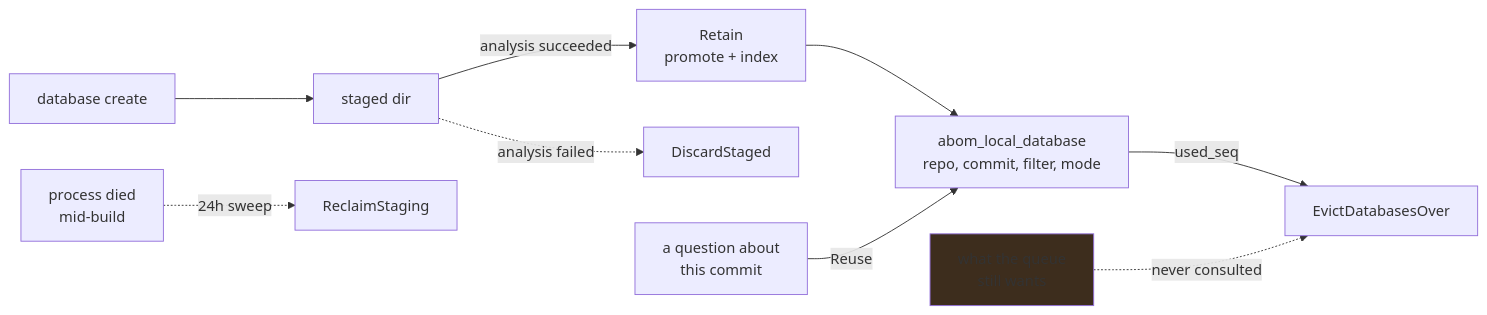
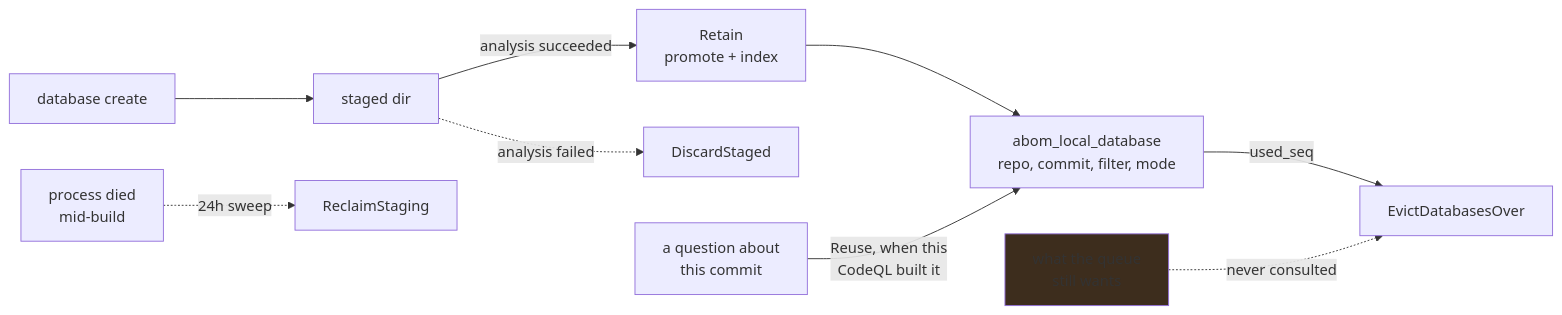
One commit to advanced-security/codeql-abom changed the diagram in plans/db/database-cache.md. Above: the diagram before and after it, drawn with Mermaid. The commit also changed other lines of this file and 356 other files, not shown here.

````diff
--- a/plans/db/database-cache.md
+++ b/plans/db/database-cache.md
@@ -42,12 +43,12 @@
 ```mermaid
 flowchart LR
     BUILD["database create"] --> STAGE["staged dir"]
     STAGE -->|"analysis succeeded"| RETAIN["Retain<br/>promote + index"]
     STAGE -. "analysis failed" .-> DISCARD["DiscardStaged"]
     RETAIN --> IDX["abom_local_database<br/>repo, commit, filter, mode"]
-    ASK["a question about<br/>this commit"] -->|"Reuse"| IDX
+    ASK["a question about<br/>this commit"] -->|"Reuse, when this<br/>CodeQL built it"| IDX
     IDX -->|"used_seq"| EVICT["EvictDatabasesOver"]
     CRASH["process died<br/>mid-build"] -. "24h sweep" .-> RECLAIM["ReclaimStaging"]
     FRONTIER["what the queue<br/>still wants"] -. "never consulted" .-> EVICT
     style FRONTIER fill:#3d2d1d
 ```
````
